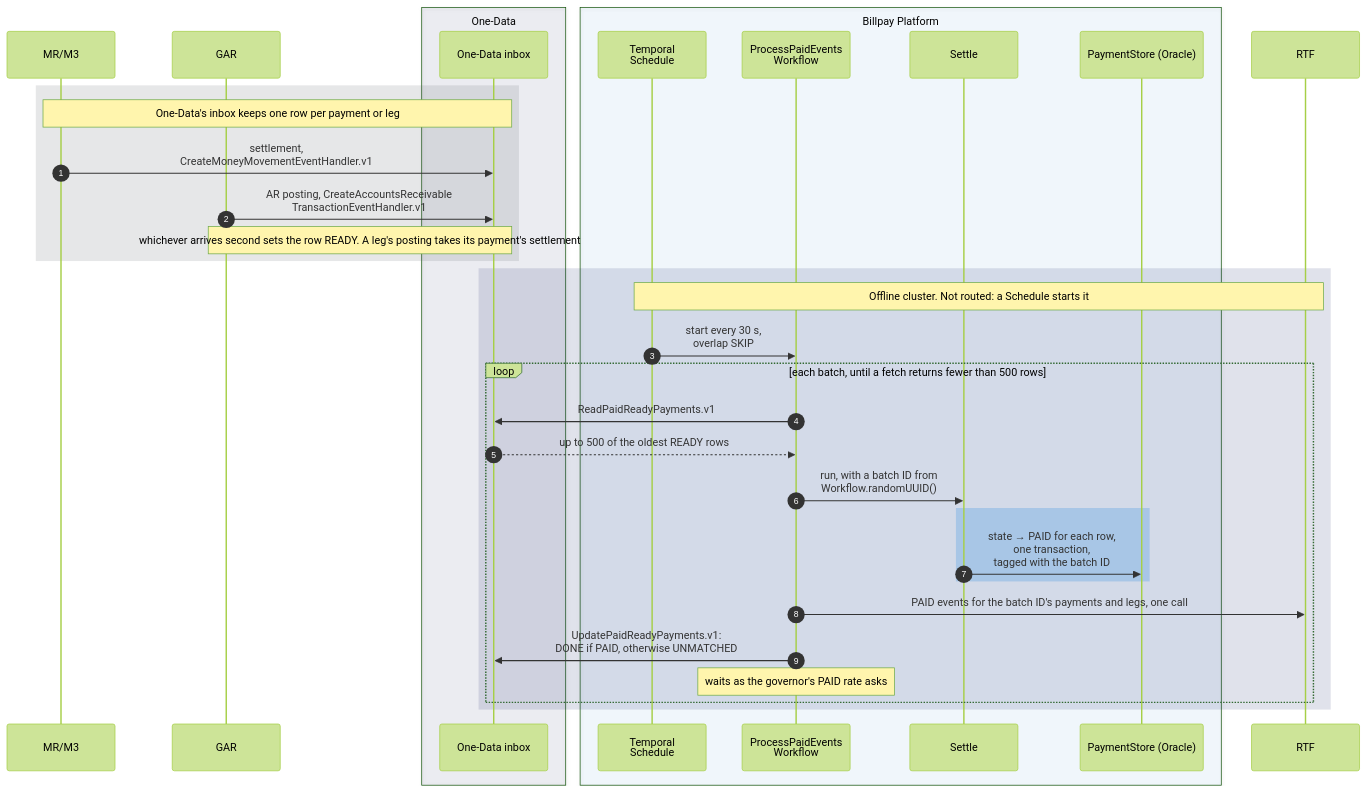
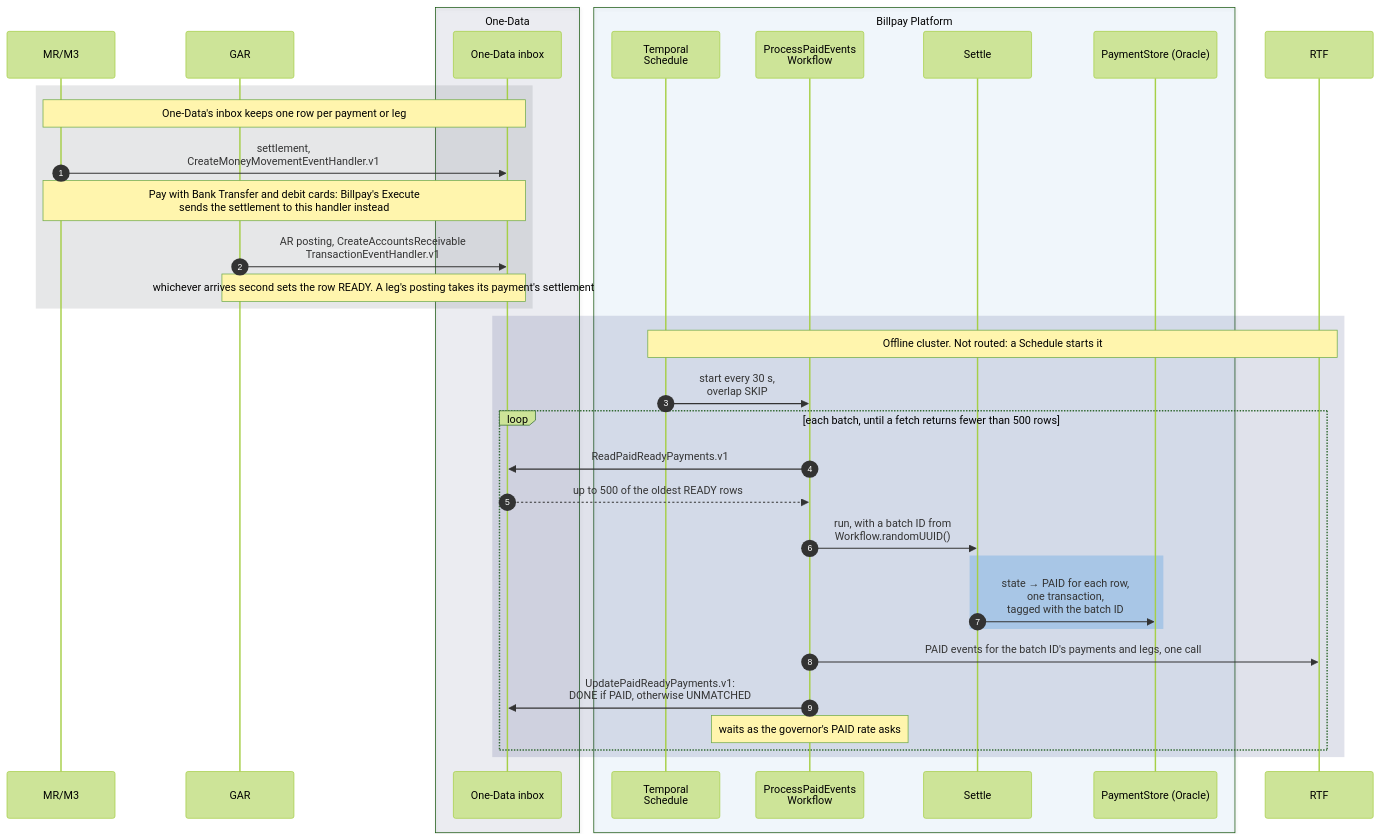
Before and after one commit to arunav-bhattacharya/billpay-book: the tenth of 16 diagrams in website/docs/design/sequence-diagrams.md, drawn with Mermaid (forest theme). The commit also changed other lines of this file and 33 other files, not shown here.

First line of the commit message:
Pending payments: One-Data declines, and Billpay creates the settlement event

````diff
--- a/website/docs/design/sequence-diagrams.md
+++ b/website/docs/design/sequence-diagrams.md
@@ -665,48 +665,49 @@
 ```mermaid
 ---
 config:
   fontFamily: "BentonSansUI, Helvetica, Arial, sans-serif"
   fontSize: 15
 ---
 sequenceDiagram
   autonumber
 
   participant MM as MR/M3
   participant GAR
 
   box rgba(0,23,90,0.07) One-Data
     participant IN as One-Data inbox
   end
 
   box rgba(0,111,207,0.05) Billpay Platform
     participant SCH as Temporal<br/>Schedule
     participant WF as ProcessPaidEvents<br/>Workflow
     participant SET as Settle
     participant PS as PaymentStore (Oracle)
   end
 
   participant RTF
 
   rect rgba(83,86,90,0.14)
     Note over MM,IN: One-Data's inbox keeps one row per payment or leg
     MM->>IN: settlement,<br/>CreateMoneyMovementEventHandler.v1
+    Note over MM,IN: Pay with Bank Transfer and debit cards: Billpay's Execute<br/>sends the settlement to this handler instead
     GAR->>IN: AR posting, CreateAccountsReceivable<br/>TransactionEventHandler.v1
     Note over GAR,IN: whichever arrives second sets the row READY. A leg's posting takes its payment's settlement
   end
 
   rect rgba(0,23,90,0.12)
     Note over SCH,RTF: Offline cluster. Not routed: a Schedule starts it
     SCH->>WF: start every 30 s,<br/>overlap SKIP
     loop each batch, until a fetch returns fewer than 500 rows
       WF->>IN: ReadPaidReadyPayments.v1
       IN-->>WF: up to 500 of the oldest READY rows
       WF->>SET: run, with a batch ID from<br/>Workflow.randomUUID()
       rect rgba(102,169,226,0.40)
         SET->>PS: state → PAID for each row,<br/>one transaction,<br/>tagged with the batch ID
       end
       WF->>RTF: PAID events for the batch ID's payments and legs, one call
       WF->>IN: UpdatePaidReadyPayments.v1:<br/>DONE if PAID, otherwise UNMATCHED
       Note over WF: waits as the governor's PAID rate asks
     end
   end
 ```
````
